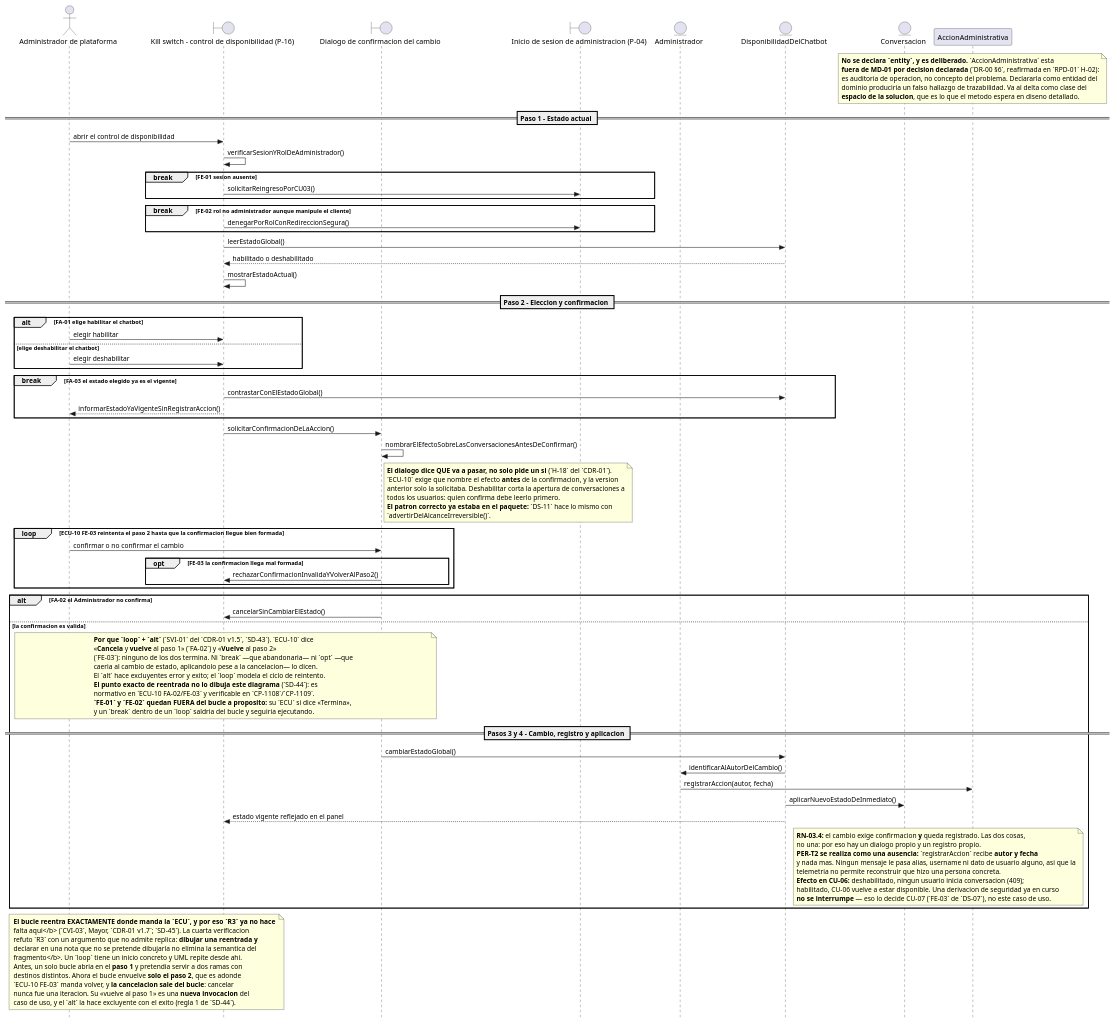
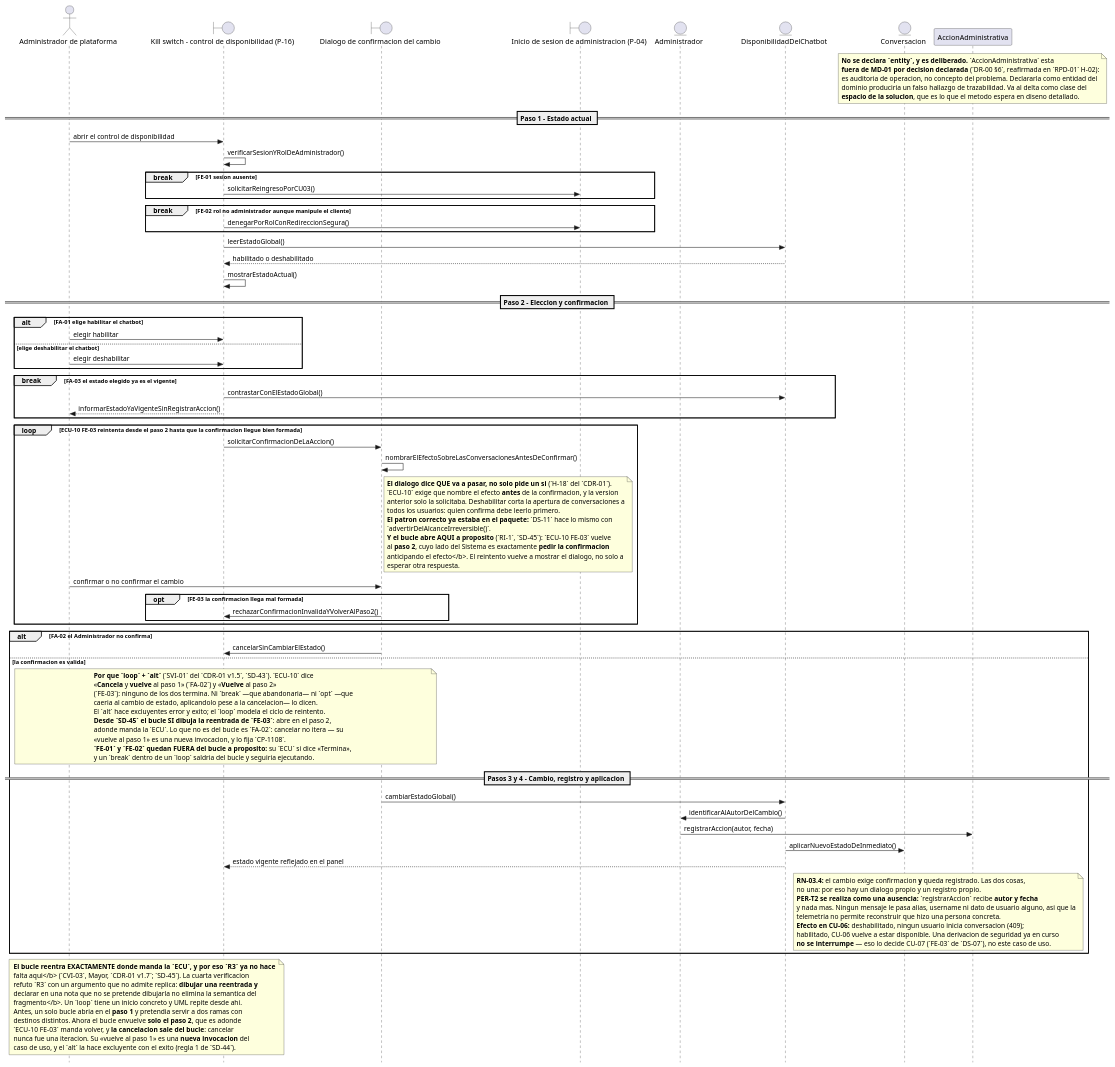
One commit to jonatan8254/alan-aura-academico changed the diagram in docs/07_casos_uso/secuencia/puml/DS-10_secuencia_habilitar_deshabilitar_chatbot.puml. Above: the diagram before and after it, drawn with PlantUML. The commit also changed 8 other files, not shown here.

```diff
--- a/docs/07_casos_uso/secuencia/puml/DS-10_secuencia_habilitar_deshabilitar_chatbot.puml
+++ b/docs/07_casos_uso/secuencia/puml/DS-10_secuencia_habilitar_deshabilitar_chatbot.puml
@@ -1,161 +1,169 @@
 @startuml
 ' DS-10 - Secuencia de CU-10 «Habilitar o deshabilitar el chatbot»
+' v1.6 (revision interna final, SD-45): RI-1: solicitar la confirmacion y nombrar el efecto ENTRAN al bucle — ECU-10 FE-03 vuelve al paso 2 y el lado del Sistema del paso 2 es pedirla anticipando el efecto. RI-3: la nota de SD-44 dejaba de ser cierta.
+'       Hallado por la revision de dos subagentes ANTES del veredicto — el mismo
+'       tipo de defecto que CVI-03, sobreviviendo dentro de la correccion de CVI-03.
 ' v1.5 (CVI-03 del CDR-01 v1.7, SD-45): CVI-03: el `loop` se acota al paso 2 —adonde manda `ECU-10 FE-03`— y `FA-02` sale a un `alt`.
 '       R3 ya no hace falta aqui: el bucle reentra donde manda la ECU. La cuarta
 '       verificacion la refuto — dibujar una reentrada y declarar en nota que no se
 '       pretende dibujarla NO elimina la semantica del fragmento.
 ' v1.4 (TVI-01/03/04 del CDR-01 v1.6, SD-44): TVI-03: la operacion deja de decir Paso1 cuando vuelve al 2; la guarda nombra FA-02.
 '       CONVENCION SD-44 — R1: el sufijo de exito vive DENTRO de su operando.
 '       R2: un break dentro de un loop solo vale si lo que sigue al bucle es
 '       limpieza comun. R3: el punto de reentrada es normativo en la ECU y
 '       verificable en el CP; el diagrama NO lo dibuja. R4: la guarda nombra
 '       todas las salidas del bucle. Lo comprueba barrido_desenlaces.py.
 ' v1.3 (SVI-01 del CDR-01 v1.5, SD-43): FA-02 y FE-03 a `alt` dentro de un `loop` (ECU-10: «Cancela y vuelve» y «Vuelve al paso 2»).
 '       Tercer intento sobre la misma rama, y el primero que lee el DESENLACE de la
 '       ECU en vez de la categoria del flujo. `break` abandonaba; `opt` caia al exito;
 '       `break` otra vez (SD-41) se restauro alegando que la ECU decia «Termina», lo
 '       cual es FALSO. Y `loop` + `alt` (SD-43) tampoco bastaba: la TERCERA verificacion
 '       (TVI-01/02, CDR-01 v1.6) mostro que el operando de exito quedaba VACIO y la
 '       continuacion FUERA del alt, asi que el sufijo de exito se ejecutaba igual.
 '       SD-44 fija la convencion: el sufijo de exito vive DENTRO de su operando, y el
 '       punto exacto de reentrada es normativo en la ECU y verificable en el CP — el
 '       diagrama NO pretende dibujarlo. Los break legitimos quedan fuera del loop; dentro
 '       saldrian del
 '       bucle y seguirian ejecutando, en vez de terminar.
 ' v1.2 (VI-01 del CDR-01 v1.4, SD-41): FA-02 y FE-03 vuelven de opt a BREAK.
 '       Criterio: estan a profundidad 0 —el fragmento envolvente es la interaccion
 '       entera— y su fila de ECU declara que el remanente NO se ejecuta. En UML 2.5
 '       `break` ejecuta su operando EN LUGAR DEL RESTO: es esa semantica exacta.
 '       `opt` solo saltaba su cuerpo y el flujo caia al exito.
 '       Consecuencia declarada: para estos casos el `break` ORIGINAL era correcto y
 '       esa parte de H-01 fue un falso positivo. Ver DS-00 §12.
 ' v1.1 (CDR-01): H-01 — FA-02 y FE-03 pasan de break a opt.
 '       H-18 — el dialogo NOMBRA EL EFECTO antes de confirmar, no solo pide confirmacion.
 '       H-20 — alias B_LoginAdmin unificado a B_PaginaInicioSesionAdmin (era divergente con DS-03).
 ' v1.0 (fase de diseno detallado, ICONIX paso 6)
 ' Insumos: DR-10 v2.0 (11 controladores), ECU-10 v2.0, MD-01 v1.4, DCU-01 v2.1,
 '          DIS-00 (P-16; destino P-04), MV-01 RN-03.4/RN-03.7, PER-01 v1.2.
 ' Capa de infraestructura: NO EJECUTADA por decision declarada (E-1 de DS-00).
 
 skinparam style strictuml
 skinparam shadowing false
 skinparam responseMessageBelowArrow true
 
 actor "Administrador de plataforma" as ACT_Administrador
 boundary "Kill switch - control de disponibilidad (P-16)" as B_ControlDisponibilidad
 boundary "Dialogo de confirmacion del cambio" as B_DialogoConfirmacion
 boundary "Inicio de sesion de administracion (P-04)" as B_PaginaInicioSesionAdmin
 entity "Administrador" as E_Administrador
 entity "DisponibilidadDelChatbot" as E_DisponibilidadDelChatbot
 entity "Conversacion" as E_Conversacion
 participant "AccionAdministrativa" as INF_AccionAdministrativa
 
 note over INF_AccionAdministrativa
   <b>No se declara `entity`, y es deliberado.</b> `AccionAdministrativa` esta
   <b>fuera de MD-01 por decision declarada</b> (`DR-00 §6`, reafirmada en `RPD-01` H-02):
   es auditoria de operacion, no concepto del problema. Declararla como entidad del
   dominio produciria un falso hallazgo de trazabilidad. Va al delta como clase del
   <b>espacio de la solucion</b>, que es lo que el metodo espera en diseno detallado.
 end note
 
 == Paso 1 - Estado actual ==
 
 ACT_Administrador -> B_ControlDisponibilidad : abrir el control de disponibilidad
 B_ControlDisponibilidad -> B_ControlDisponibilidad : verificarSesionYRolDeAdministrador()
 
 break FE-01 sesion ausente
   B_ControlDisponibilidad -> B_PaginaInicioSesionAdmin : solicitarReingresoPorCU03()
 end
 
 break FE-02 rol no administrador aunque manipule el cliente
   B_ControlDisponibilidad -> B_PaginaInicioSesionAdmin : denegarPorRolConRedireccionSegura()
 end
 
 B_ControlDisponibilidad -> E_DisponibilidadDelChatbot : leerEstadoGlobal()
 E_DisponibilidadDelChatbot --> B_ControlDisponibilidad : habilitado o deshabilitado
 B_ControlDisponibilidad -> B_ControlDisponibilidad : mostrarEstadoActual()
 
 == Paso 2 - Eleccion y confirmacion ==
 
 alt FA-01 elige habilitar el chatbot
   ACT_Administrador -> B_ControlDisponibilidad : elegir habilitar
 else elige deshabilitar el chatbot
   ACT_Administrador -> B_ControlDisponibilidad : elegir deshabilitar
 end
 
 break FA-03 el estado elegido ya es el vigente
   B_ControlDisponibilidad -> E_DisponibilidadDelChatbot : contrastarConElEstadoGlobal()
   B_ControlDisponibilidad --> ACT_Administrador : informarEstadoYaVigenteSinRegistrarAccion()
 end
 
-B_ControlDisponibilidad -> B_DialogoConfirmacion : solicitarConfirmacionDeLaAccion()
-B_DialogoConfirmacion -> B_DialogoConfirmacion : nombrarElEfectoSobreLasConversacionesAntesDeConfirmar()
+loop ECU-10 FE-03 reintenta desde el paso 2 hasta que la confirmacion llegue bien formada
+  B_ControlDisponibilidad -> B_DialogoConfirmacion : solicitarConfirmacionDeLaAccion()
+  B_DialogoConfirmacion -> B_DialogoConfirmacion : nombrarElEfectoSobreLasConversacionesAntesDeConfirmar()
 
 note right of B_DialogoConfirmacion
   <b>El dialogo dice QUE va a pasar, no solo pide un si</b> (`H-18` del `CDR-01`).
   `ECU-10` exige que nombre el efecto <b>antes</b> de la confirmacion, y la version
   anterior solo la solicitaba. Deshabilitar corta la apertura de conversaciones a
   todos los usuarios: quien confirma debe leerlo primero.
   <b>El patron correcto ya estaba en el paquete:</b> `DS-11` hace lo mismo con
   `advertirDelAlcanceIrreversible()`.
+  <b>Y el bucle abre AQUI a proposito</b> (`RI-1`, `SD-45`): `ECU-10 FE-03` vuelve
+  al <b>paso 2</b>, cuyo lado del Sistema es exactamente <b>pedir la confirmacion
+  anticipando el efecto</b>. El reintento vuelve a mostrar el dialogo, no solo a
+  esperar otra respuesta.
 end note
 
-loop ECU-10 FE-03 reintenta el paso 2 hasta que la confirmacion llegue bien formada
   ACT_Administrador -> B_DialogoConfirmacion : confirmar o no confirmar el cambio
 
   opt FE-03 la confirmacion llega mal formada
     B_DialogoConfirmacion -> B_ControlDisponibilidad : rechazarConfirmacionInvalidaYVolverAlPaso2()
   end
 end
 
 alt FA-02 el Administrador no confirma
   B_DialogoConfirmacion -> B_ControlDisponibilidad : cancelarSinCambiarElEstado()
 else la confirmacion es valida
 
   note over ACT_Administrador, B_DialogoConfirmacion
     <b>Por que `loop` + `alt`</b> (`SVI-01` del `CDR-01 v1.5`, `SD-43`). `ECU-10` dice
     «<b>Cancela</b> y <b>vuelve</b> al paso 1» (`FA-02`) y «<b>Vuelve</b> al paso 2»
     (`FE-03`): ninguno de los dos termina. Ni `break` —que abandonaria— ni `opt` —que
     caeria al cambio de estado, aplicandolo pese a la cancelacion— lo dicen.
     El `alt` hace excluyentes error y exito; el `loop` modela el ciclo de reintento.
-    <b>El punto exacto de reentrada no lo dibuja este diagrama</b> (`SD-44`): es
-    normativo en `ECU-10 FA-02/FE-03` y verificable en `CP-1108`/`CP-1109`.
+    <b>Desde `SD-45` el bucle SI dibuja la reentrada de `FE-03`</b>: abre en el paso 2,
+    adonde manda la `ECU`. Lo que no es del bucle es `FA-02`: cancelar no itera — su
+    «vuelve al paso 1» es una nueva invocacion, y lo fija `CP-1108`.
     <b>`FE-01` y `FE-02` quedan FUERA del bucle a proposito:</b> su `ECU` si dice «Termina»,
     y un `break` dentro de un `loop` saldria del bucle y seguiria ejecutando.
   end note
 
   == Pasos 3 y 4 - Cambio, registro y aplicacion ==
 
   B_DialogoConfirmacion -> E_DisponibilidadDelChatbot : cambiarEstadoGlobal()
   E_DisponibilidadDelChatbot -> E_Administrador : identificarAlAutorDelCambio()
   E_Administrador -> INF_AccionAdministrativa : registrarAccion(autor, fecha)
   E_DisponibilidadDelChatbot -> E_Conversacion : aplicarNuevoEstadoDeInmediato()
   E_DisponibilidadDelChatbot --> B_ControlDisponibilidad : estado vigente reflejado en el panel
 
   note over INF_AccionAdministrativa, E_Conversacion
     <b>RN-03.4:</b> el cambio exige confirmacion <b>y</b> queda registrado. Las dos cosas,
     no una: por eso hay un dialogo propio y un registro propio.
     <b>PER-T2 se realiza como una ausencia:</b> `registrarAccion` recibe <b>autor y fecha</b>
     y nada mas. Ningun mensaje le pasa alias, username ni dato de usuario alguno, asi que la
     telemetria no permite reconstruir que hizo una persona concreta.
     <b>Efecto en CU-06:</b> deshabilitado, ningun usuario inicia conversacion (409);
     habilitado, CU-06 vuelve a estar disponible. Una derivacion de seguridad ya en curso
     <b>no se interrumpe</b> — eso lo decide CU-07 (`FE-03` de `DS-07`), no este caso de uso.
   end note
 
 end
 
 note over ACT_Administrador, B_ControlDisponibilidad
   <b>El bucle reentra EXACTAMENTE donde manda la `ECU`, y por eso `R3` ya no hace
   falta aqui</b> (`CVI-03`, Mayor, `CDR-01 v1.7`; `SD-45`). La cuarta verificacion
   refuto `R3` con un argumento que no admite replica: <b>dibujar una reentrada y
   declarar en una nota que no se pretende dibujarla no elimina la semantica del
   fragmento</b>. Un `loop` tiene un inicio concreto y UML repite desde ahi.
   Antes, un solo bucle abria en el <b>paso 1</b> y pretendia servir a dos ramas con
   destinos distintos. Ahora el bucle envuelve <b>solo el paso 2</b>, que es adonde
   `ECU-10 FE-03` manda volver, y <b>la cancelacion sale del bucle</b>: cancelar
   nunca fue una iteracion. Su «vuelve al paso 1» es una <b>nueva invocacion</b> del
   caso de uso, y el `alt` la hace excluyente con el exito (regla 1 de `SD-44`).
 end note
 
 @enduml
```
